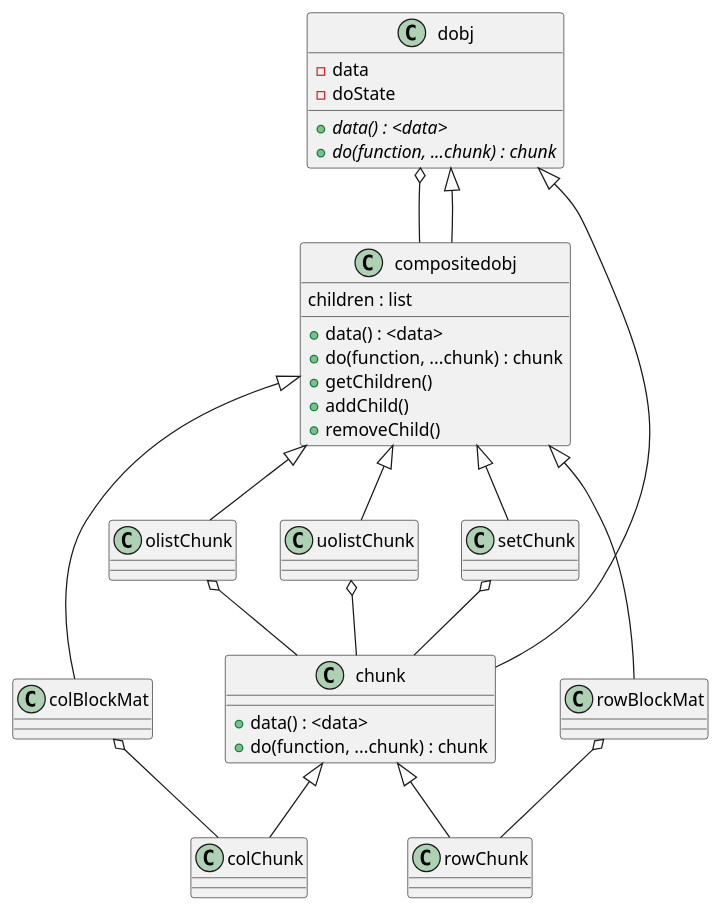
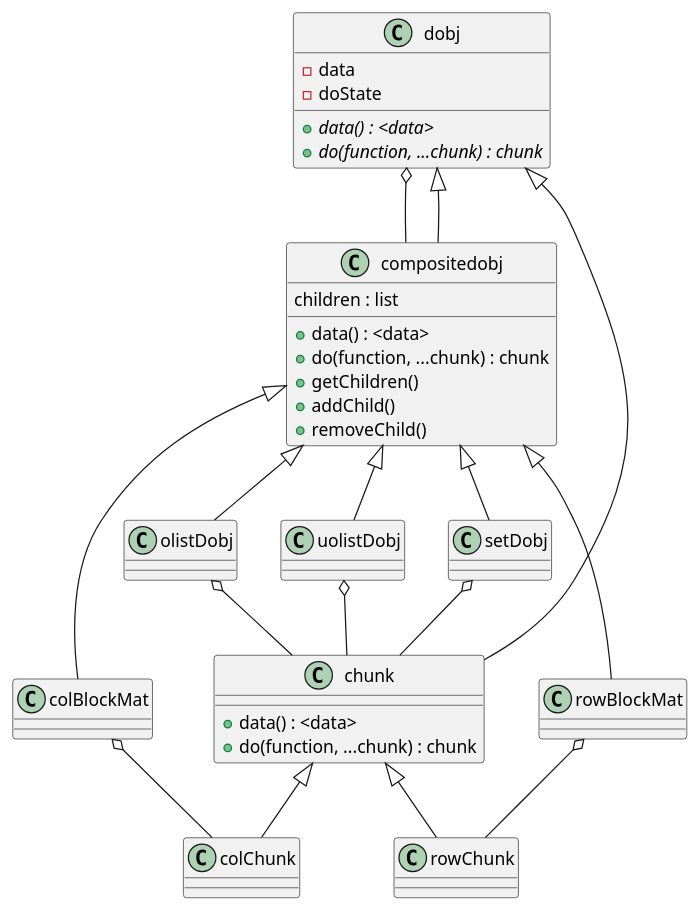
One commit to jcai849/phd changed the diagram in img/chunkcomp.puml. Above: the diagram before and after it, drawn with PlantUML. The commit also changed 5 other files, not shown here.

```diff
--- a/img/chunkcomp.puml
+++ b/img/chunkcomp.puml
@@ -1,45 +1,45 @@
 @startuml
 
 class dobj {
     -data
     -doState
     {abstract} +data() : <data>
     {abstract} +do(function, ...chunk) : chunk
 }
 
 class compositedobj {
 children : list
 +data() : <data>
 +do(function, ...chunk) : chunk
 +getChildren()
 +addChild()
 +removeChild()
 }
 
 class chunk {
 +data() : <data>
 +do(function, ...chunk) : chunk
 }
 
 
 dobj o-- compositedobj
 dobj <|-- compositedobj
 dobj <|-- chunk
 
 compositedobj <|-- colBlockMat
 chunk <|-- colChunk
 colBlockMat o-- colChunk
 
 compositedobj <|-- rowBlockMat
 chunk <|-- rowChunk
 rowBlockMat o-- rowChunk
 
-compositedobj <|-- olistChunk
-compositedobj <|-- uolistChunk
-compositedobj <|-- setChunk
+compositedobj <|-- olistDobj
+compositedobj <|-- uolistDobj
+compositedobj <|-- setDobj
 
-olistChunk o-- chunk
-uolistChunk o-- chunk
-setChunk o-- chunk
+olistDobj o-- chunk
+uolistDobj o-- chunk
+setDobj o-- chunk
 
 @enduml
```
